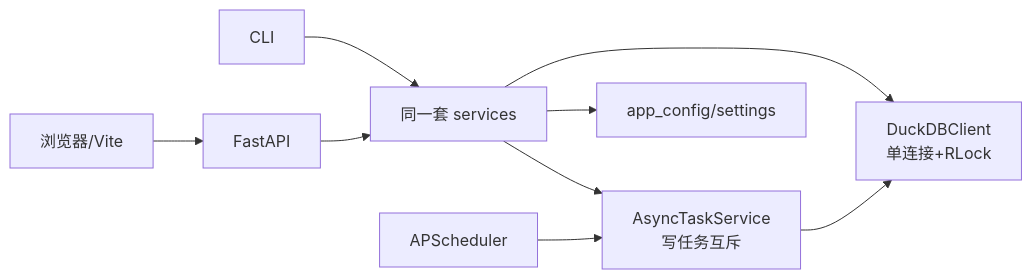
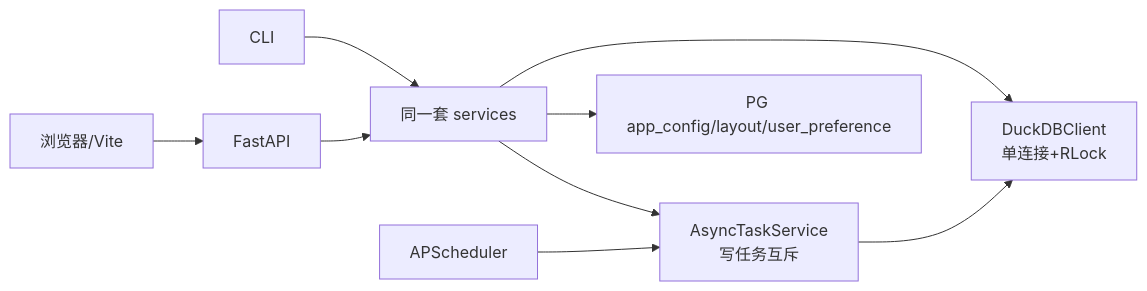
Before and after one commit to fulin-peng-ydxs/ai-stocks: the diagram in agent-works/architecture/platform.md, drawn with Mermaid. The commit also changed other lines of this file and 3 other files, not shown here.

````diff
--- a/agent-works/architecture/platform.md
+++ b/agent-works/architecture/platform.md
@@ -56,11 +57,11 @@
 ```mermaid
 flowchart LR
   A["浏览器/Vite"] --> B["FastAPI"]
   C["CLI"] --> D["同一套 services"]
   B --> D
   D --> E["DuckDBClient\n单连接+RLock"]
   D --> F["AsyncTaskService\n写任务互斥"]
   G["APScheduler"] --> F
   F --> E
-  D --> H["app_config/settings"]
+  D --> H["PG app_config/layout/user_preference"]
 ```
````
